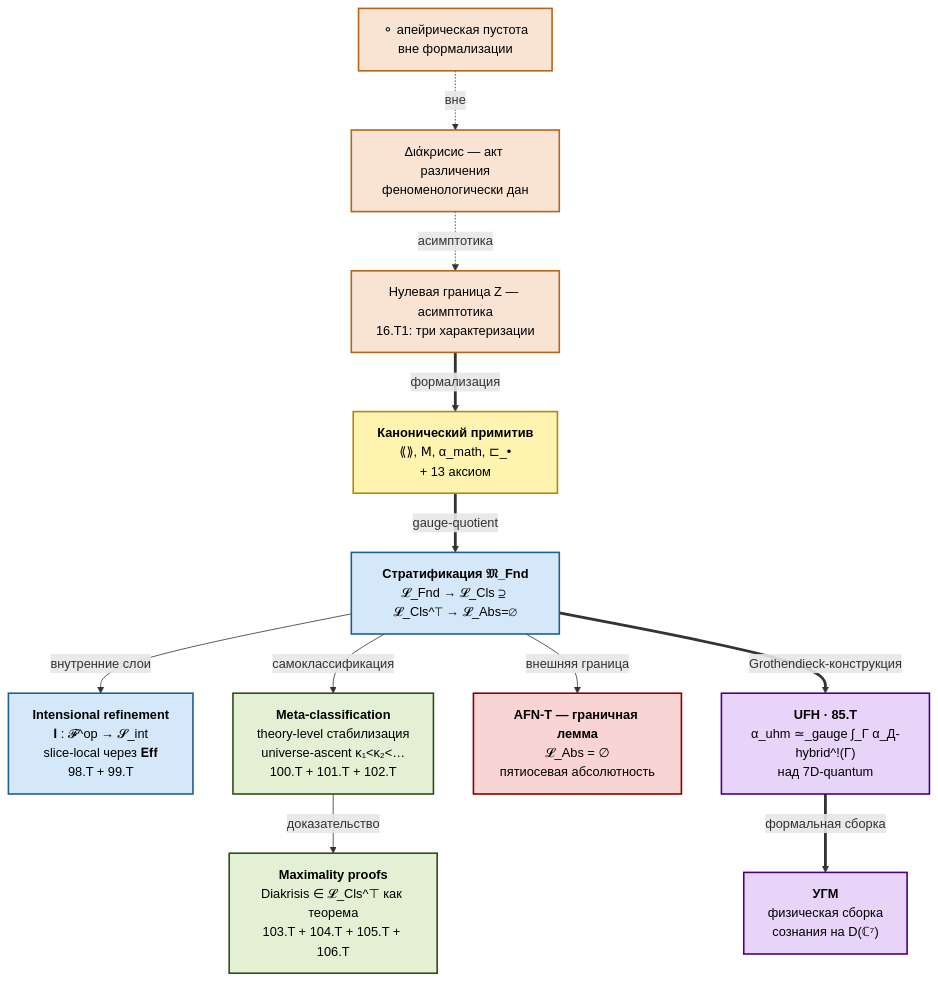
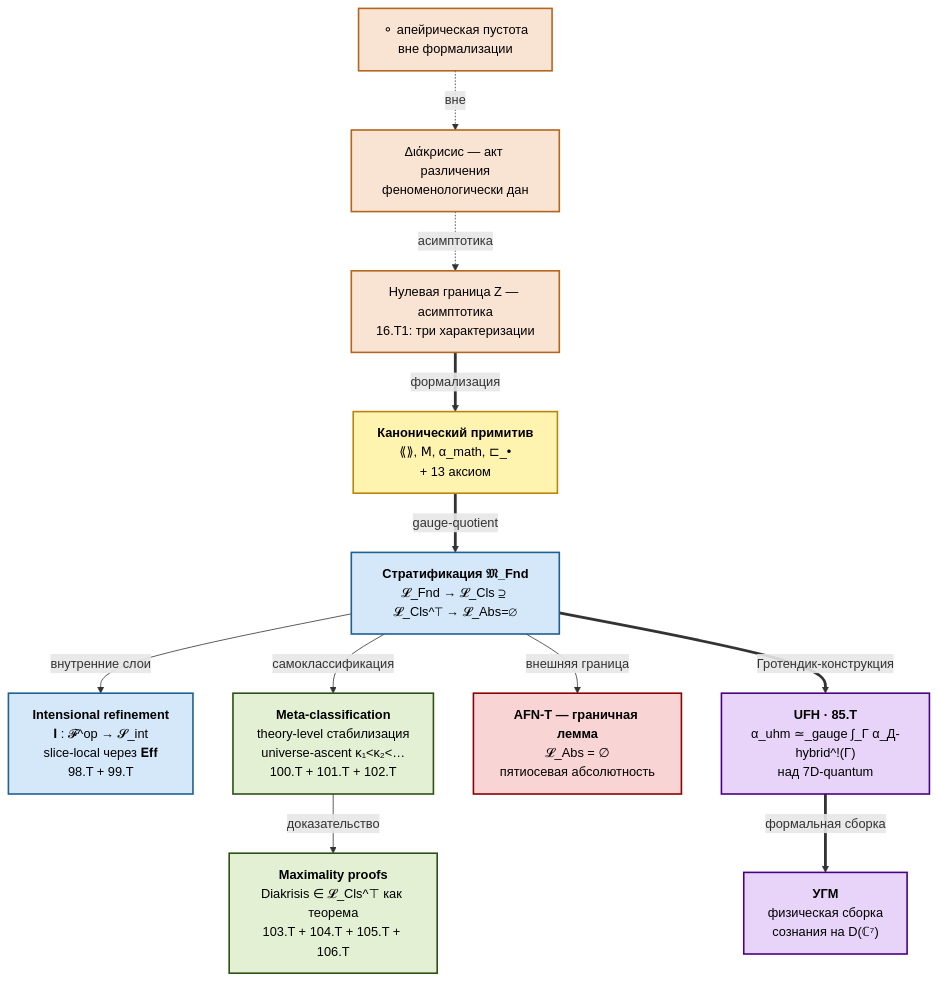
The first of 7 diagrams in docs/intro.md (gst-st/diakrisis), drawn with Mermaid before and after one commit. The commit also changed other lines of this file and 85 other files, not shown here.

````diff
--- a/docs/intro.md
+++ b/docs/intro.md
@@ -17,34 +17,34 @@
 ```mermaid
 flowchart TB
     classDef phen fill:#f9e4d4,stroke:#b5651d,stroke-width:2px,color:#000
     classDef prim fill:#fff3b0,stroke:#b8860b,stroke-width:2px,color:#000
     classDef struct fill:#d4e8f9,stroke:#1e6091,stroke-width:2px,color:#000
     classDef meta fill:#e4f0d4,stroke:#2d5016,stroke-width:2px,color:#000
     classDef bound fill:#f9d4d4,stroke:#8b0000,stroke-width:2px,color:#000
     classDef asm fill:#e8d4f9,stroke:#4b0082,stroke-width:2px,color:#000
 
     APEIRON["⚬ апейрическая пустота<br/>вне формализации"]:::phen
     DIAKRISIS["Διάκρисис — акт различения<br/>феноменологически дан"]:::phen
     Z["Нулевая граница Z — асимптотика<br/>16.T1: три характеризации"]:::phen
 
     PRIM["<b>Канонический примитив</b><br/>⟪⟫, 𝖬, α_math, ⊏_•<br/>+ 13 аксиом"]:::prim
     STRAT["<b>Стратификация 𝔐_Fnd</b><br/>𝓛_Fnd → 𝓛_Cls ⊇ 𝓛_Cls^⊤ → 𝓛_Abs=∅"]:::struct
     INT["<b>Intensional refinement</b><br/>𝐈 : 𝓕^op → 𝓢_int<br/>slice-local через 𝐄𝐟𝐟<br/>98.T + 99.T"]:::struct
     META["<b>Meta-classification</b><br/>theory-level стабилизация<br/>universe-ascent κ₁&lt;κ₂&lt;…<br/>100.T + 101.T + 102.T"]:::meta
     MAX["<b>Maximality proofs</b><br/>Diakrisis ∈ 𝓛_Cls^⊤ как теорема<br/>103.T + 104.T + 105.T + 106.T"]:::meta
 
     BOUND["<b>AFN-T — граничная лемма</b><br/>𝓛_Abs = ∅<br/>пятиосевая абсолютность"]:::bound
     UFH["<b>UFH · 85.T</b><br/>α_uhm ≃_gauge ∫_Γ α_Д-hybrid^!(Γ)<br/>над 7D-quantum"]:::asm
     UHM["<b>УГМ</b><br/>физическая сборка<br/>сознания на D(ℂ⁷)"]:::asm
 
     APEIRON -.->|вне| DIAKRISIS
     DIAKRISIS -.->|асимптотика| Z
     Z ==>|формализация| PRIM
     PRIM ==>|gauge-quotient| STRAT
     STRAT -->|внутренние слои| INT
     STRAT -->|самоклассификация| META
     META -->|доказательство| MAX
     STRAT -->|внешняя граница| BOUND
-    STRAT ==>|Grothendieck-конструкция| UFH
+    STRAT ==>|Гротендик-конструкция| UFH
     UFH ==>|формальная сборка| UHM
 ```
````
